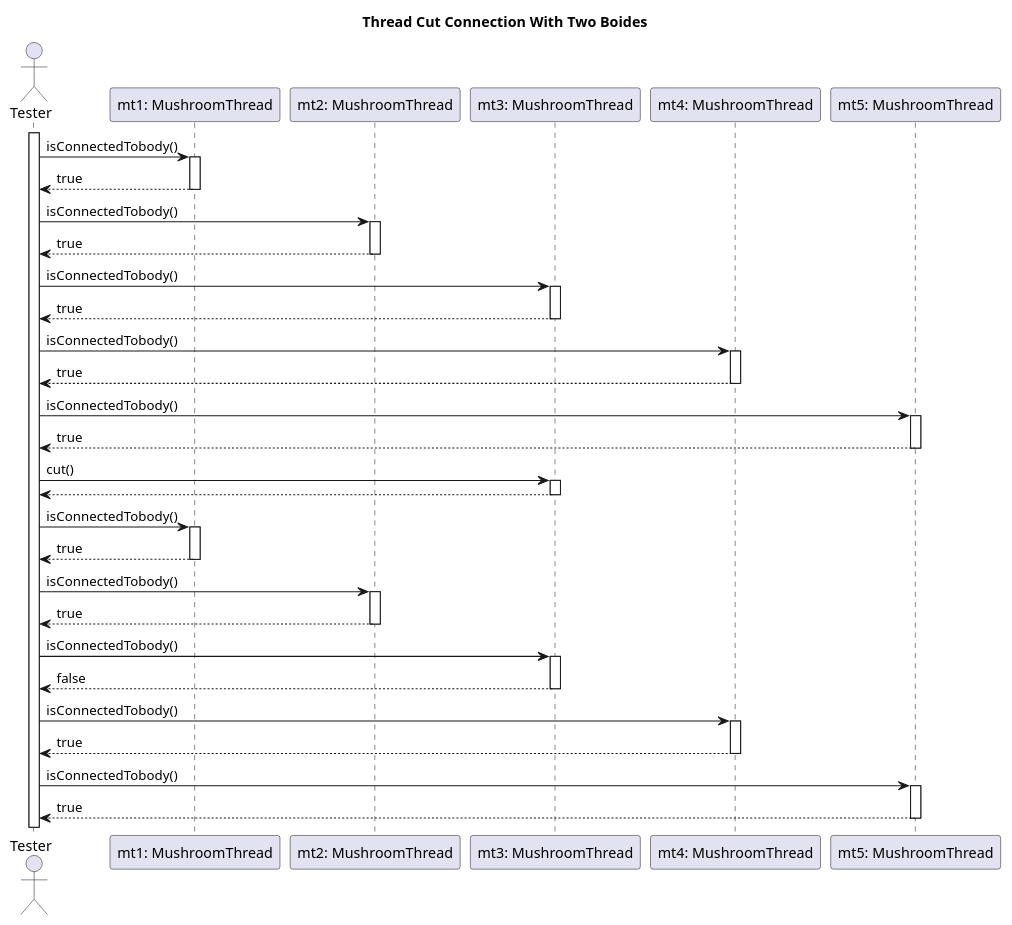
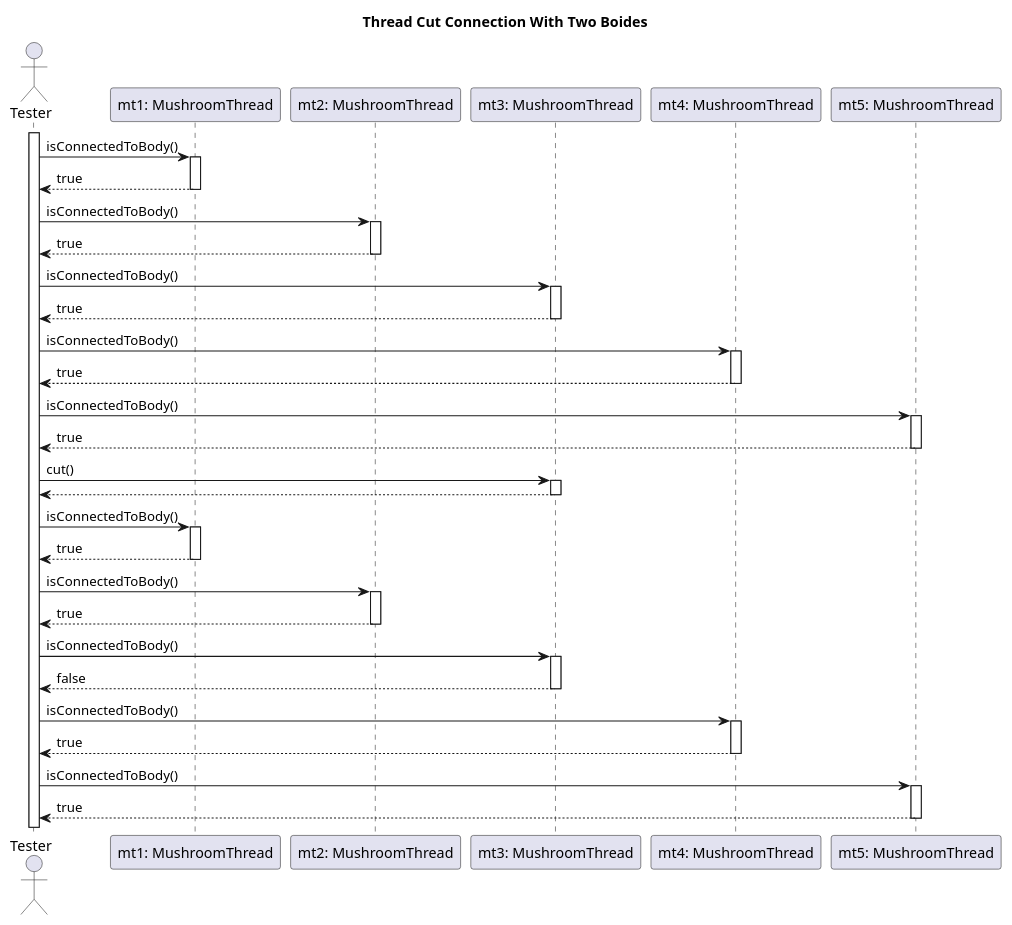
One commit to dzsem/projlab changed the diagram in diagrams/test-sequence/mushroom/threadCutConnectionTwoBodies.wsd. Above: the diagram before and after it, drawn with PlantUML.

```diff
--- a/diagrams/test-sequence/mushroom/threadCutConnectionTwoBodies.wsd
+++ b/diagrams/test-sequence/mushroom/threadCutConnectionTwoBodies.wsd
@@ -1,78 +1,78 @@
 @startuml
 
 title Thread Cut Connection With Two Boides
 
 actor "Tester" as tester
 
 participant "mt1: MushroomThread" as mt1
 participant "mt2: MushroomThread" as mt2
 participant "mt3: MushroomThread" as mt3
 participant "mt4: MushroomThread" as mt4
 participant "mt5: MushroomThread" as mt5
 
 activate tester
 
-tester -> mt1: isConnectedTobody()
+tester -> mt1: isConnectedToBody()
 activate mt1
 mt1 --> tester: true
 deactivate mt1
 
 
-tester -> mt2: isConnectedTobody()
+tester -> mt2: isConnectedToBody()
 activate mt2
 mt2 --> tester: true
 deactivate mt2
 
 
-tester -> mt3: isConnectedTobody()
+tester -> mt3: isConnectedToBody()
 activate mt3
 mt3 --> tester: true
 deactivate mt3
 
 
-tester -> mt4: isConnectedTobody()
+tester -> mt4: isConnectedToBody()
 activate mt4
 mt4 --> tester: true
 deactivate mt4
 
 
-tester -> mt5: isConnectedTobody()
+tester -> mt5: isConnectedToBody()
 activate mt5
 mt5 --> tester: true
 deactivate mt5
 
 tester -> mt3: cut()
 activate mt3
 mt3 --> tester
 deactivate mt3
 
-tester -> mt1: isConnectedTobody()
+tester -> mt1: isConnectedToBody()
 activate mt1
 mt1 --> tester: true
 deactivate mt1
 
 
-tester -> mt2: isConnectedTobody()
+tester -> mt2: isConnectedToBody()
 activate mt2
 mt2 --> tester: true
 deactivate mt2
 
 
-tester -> mt3: isConnectedTobody()
+tester -> mt3: isConnectedToBody()
 activate mt3
 mt3 --> tester: false
 deactivate mt3
 
 
-tester -> mt4: isConnectedTobody()
+tester -> mt4: isConnectedToBody()
 activate mt4
 mt4 --> tester: true
 deactivate mt4
 
 
-tester -> mt5: isConnectedTobody()
+tester -> mt5: isConnectedToBody()
 activate mt5
 mt5 --> tester: true
 deactivate mt5
 
 @enduml
```
